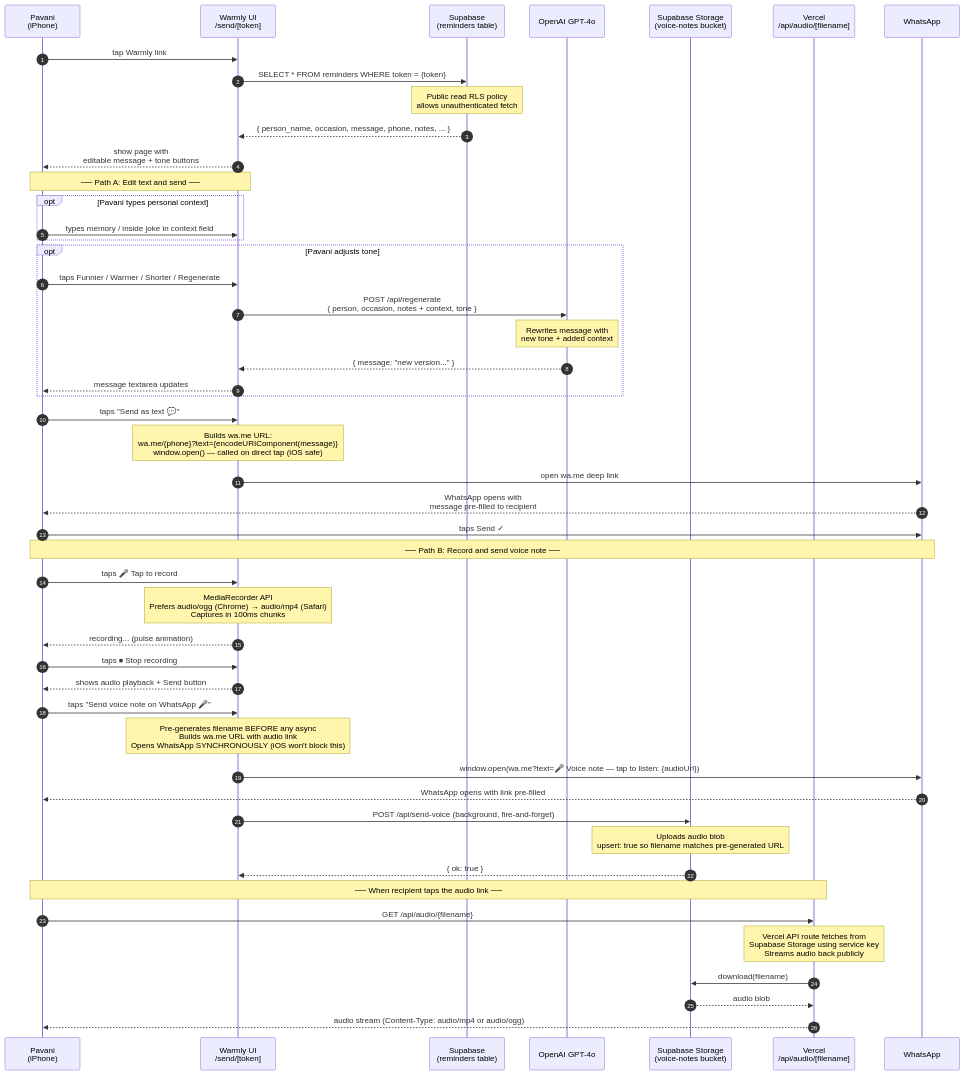
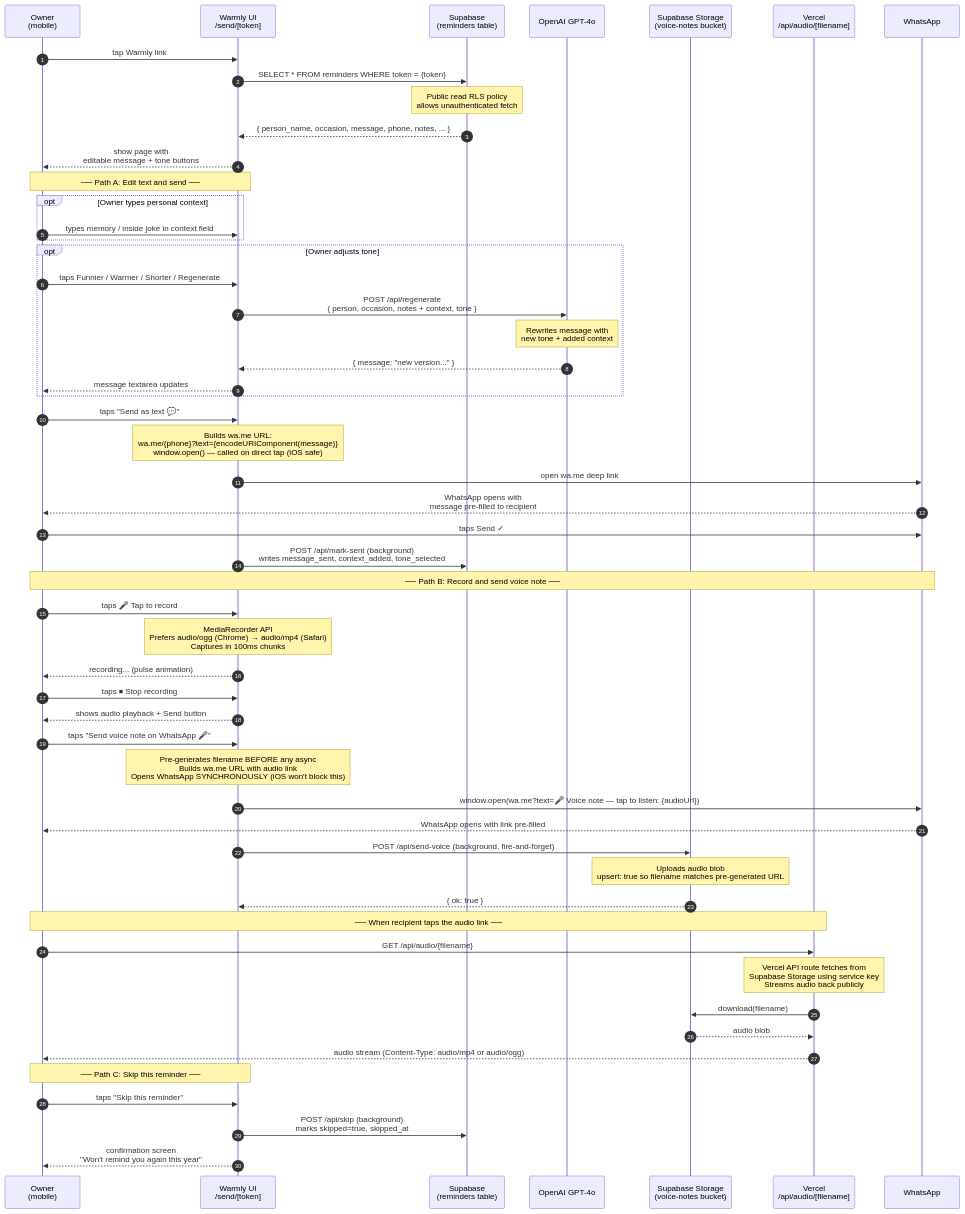
Before and after one commit to Learning-WoodyJessie/BirthdayReminders: the second of 2 diagrams in docs/SYSTEM_FLOW.md, drawn with Mermaid. The commit also changed other lines of this file and 2 other files, not shown here.

Commit message:
docs: clean up CLAUDE.md, rename HISTORY→ROADMAP, scrub personal names
CLAUDE.md:
- Rewritten as tight agent context — architecture, flow, schemas, secrets,
  agentic pillars, hard-won lessons, constraints; no stale sprint references
- Sprint roadmap section removed (lives in ROADMAP.md now)
- All "Pavani" references removed; written for any owner
- Agentic pillars table updated to reflect current state (all 4 sprints done)

docs/ROADMAP.md (renamed from HISTORY.md):
- Phases 0–4 narrative: what was built, why each decision was made,
  what was learned the hard way
- "What Comes Next" section: near-term, medium-term, longer-term roadmap
- All "Pavani" references removed; written as generic owner story

docs/SYSTEM_FLOW.md:
- "Pavani" participant renamed to "Owner" throughout
- Path C (skip) added to Warmly sequence diagram
- mark-sent write-back step added to text send path
- Key Design Decisions table expanded with feedback loop + skip decisions

````diff
--- a/docs/SYSTEM_FLOW.md
+++ b/docs/SYSTEM_FLOW.md
@@ -58,67 +58,74 @@
 ```mermaid
 sequenceDiagram
     autonumber
 
-    participant PAV  as Pavani<br/>(iPhone)
+    participant OWN  as Owner<br/>(mobile)
     participant UI   as Warmly UI<br/>/send/[token]
     participant SB   as Supabase<br/>(reminders table)
     participant GPT  as OpenAI GPT-4o
     participant SBS  as Supabase Storage<br/>(voice-notes bucket)
     participant VER  as Vercel<br/>/api/audio/[filename]
     participant WA   as WhatsApp
 
-    PAV->>UI: tap Warmly link
+    OWN->>UI: tap Warmly link
 
     UI->>SB: SELECT * FROM reminders WHERE token = {token}
     Note over SB: Public read RLS policy<br/>allows unauthenticated fetch
     SB-->>UI: { person_name, occasion, message, phone, notes, ... }
 
-    UI-->>PAV: show page with<br/>editable message + tone buttons
+    UI-->>OWN: show page with<br/>editable message + tone buttons
 
-    Note over PAV,UI: ── Path A: Edit text and send ──
+    Note over OWN,UI: ── Path A: Edit text and send ──
 
-    opt Pavani types personal context
-        PAV->>UI: types memory / inside joke in context field
+    opt Owner types personal context
+        OWN->>UI: types memory / inside joke in context field
     end
 
-    opt Pavani adjusts tone
-        PAV->>UI: taps Funnier / Warmer / Shorter / Regenerate
+    opt Owner adjusts tone
+        OWN->>UI: taps Funnier / Warmer / Shorter / Regenerate
         UI->>GPT: POST /api/regenerate<br/>{ person, occasion, notes + context, tone }
         Note over GPT: Rewrites message with<br/>new tone + added context
         GPT-->>UI: { message: "new version..." }
-        UI-->>PAV: message textarea updates
+        UI-->>OWN: message textarea updates
     end
 
-    PAV->>UI: taps "Send as text 💬"
+    OWN->>UI: taps "Send as text 💬"
     Note over UI: Builds wa.me URL:<br/>wa.me/{phone}?text={encodeURIComponent(message)}<br/>window.open() — called on direct tap (iOS safe)
     UI->>WA: open wa.me deep link
-    WA-->>PAV: WhatsApp opens with<br/>message pre-filled to recipient
-    PAV->>WA: taps Send ✓
+    WA-->>OWN: WhatsApp opens with<br/>message pre-filled to recipient
+    OWN->>WA: taps Send ✓
+    UI->>SB: POST /api/mark-sent (background)<br/>writes message_sent, context_added, tone_selected
 
-    Note over PAV,WA: ── Path B: Record and send voice note ──
+    Note over OWN,WA: ── Path B: Record and send voice note ──
 
-    PAV->>UI: taps 🎤 Tap to record
+    OWN->>UI: taps 🎤 Tap to record
     Note over UI: MediaRecorder API<br/>Prefers audio/ogg (Chrome) → audio/mp4 (Safari)<br/>Captures in 100ms chunks
-    UI-->>PAV: recording... (pulse animation)
+    UI-->>OWN: recording... (pulse animation)
 
-    PAV->>UI: taps ⏹ Stop recording
-    UI-->>PAV: shows audio playback + Send button
+    OWN->>UI: taps ⏹ Stop recording
+    UI-->>OWN: shows audio playback + Send button
 
-    PAV->>UI: taps "Send voice note on WhatsApp 🎤"
+    OWN->>UI: taps "Send voice note on WhatsApp 🎤"
 
     Note over UI: Pre-generates filename BEFORE any async<br/>Builds wa.me URL with audio link<br/>Opens WhatsApp SYNCHRONOUSLY (iOS won't block this)
     UI->>WA: window.open(wa.me?text=🎤 Voice note — tap to listen: {audioUrl})
-    WA-->>PAV: WhatsApp opens with link pre-filled
+    WA-->>OWN: WhatsApp opens with link pre-filled
 
     UI->>SBS: POST /api/send-voice (background, fire-and-forget)
     Note over SBS: Uploads audio blob<br/>upsert: true so filename matches pre-generated URL
     SBS-->>UI: { ok: true }
 
-    Note over PAV,VER: ── When recipient taps the audio link ──
+    Note over OWN,VER: ── When recipient taps the audio link ──
 
-    PAV->>VER: GET /api/audio/{filename}
+    OWN->>VER: GET /api/audio/{filename}
     Note over VER: Vercel API route fetches from<br/>Supabase Storage using service key<br/>Streams audio back publicly
     VER->>SBS: download(filename)
     SBS-->>VER: audio blob
-    VER-->>PAV: audio stream (Content-Type: audio/mp4 or audio/ogg)
+    VER-->>OWN: audio stream (Content-Type: audio/mp4 or audio/ogg)
+
+    Note over OWN,UI: ── Path C: Skip this reminder ──
+
+    OWN->>UI: taps "Skip this reminder"
+    UI->>SB: POST /api/skip (background)<br/>marks skipped=true, skipped_at
+    UI-->>OWN: confirmation screen<br/>"Won't remind you again this year"
 ```
````
